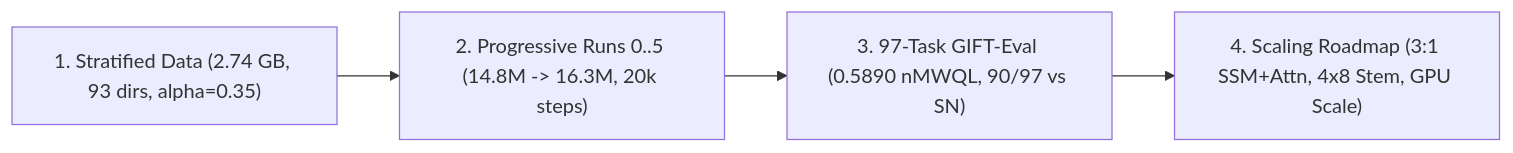
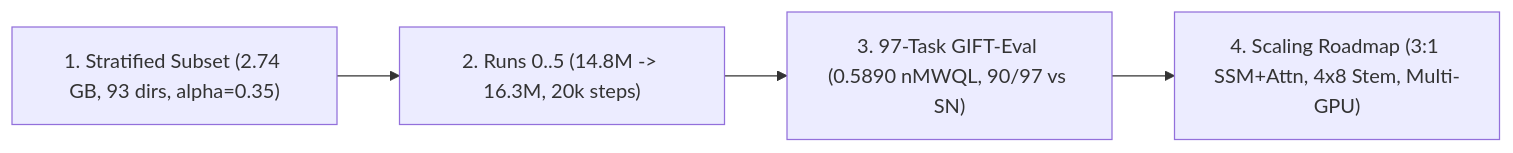
Before and after one commit to aldobattista/gifteval-tsfm-prototype: the diagram in README.md, drawn with Mermaid. The commit also changed other lines of this file and 7 other files, not shown here.

Commit message:
docs,viz: add self-contained TSFMModel architecture schematic and visual README walkthrough

````diff
--- a/README.md
+++ b/README.md
@@ -17,6 +17,6 @@
 ```mermaid
 flowchart LR
-    D["1. Stratified Data (2.74 GB, 93 dirs, alpha=0.35)"] --> M["2. Progressive Runs 0..5 (14.8M -> 16.3M, 20k steps)"]
+    D["1. Stratified Subset (2.74 GB, 93 dirs, alpha=0.35)"] --> M["2. Runs 0..5 (14.8M -> 16.3M, 20k steps)"]
     M --> E["3. 97-Task GIFT-Eval (0.5890 nMWQL, 90/97 vs SN)"]
-    E --> N["4. Scaling Roadmap (3:1 SSM+Attn, 4x8 Stem, GPU Scale)"]
+    E --> N["4. Scaling Roadmap (3:1 SSM+Attn, 4x8 Stem, Multi-GPU)"]
 ```
````
